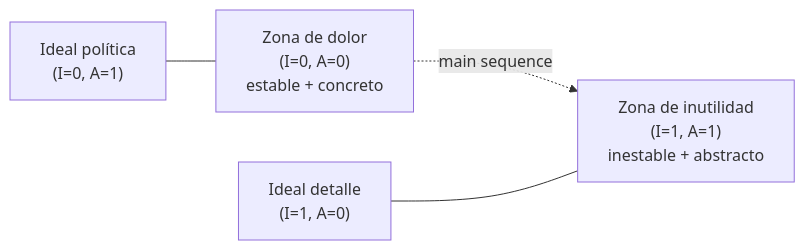
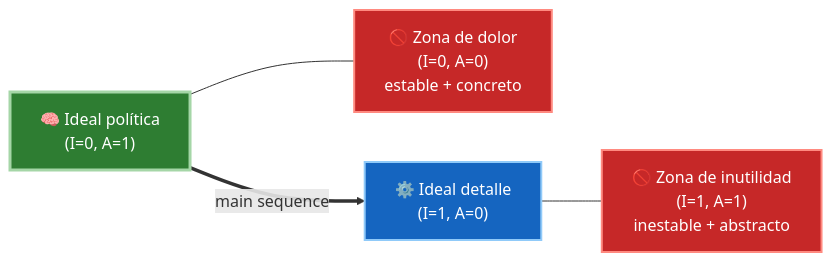
One commit to JavierMachucaA/clean-architecture-guia changed the first of 2 diagrams in 04-principios-de-componentes/03-main-sequence-y-tension.md. Above: the diagram before and after it, drawn with Mermaid. The commit also changed other lines of this file and 45 other files, not shown here.

````diff
--- a/04-principios-de-componentes/03-main-sequence-y-tension.md
+++ b/04-principios-de-componentes/03-main-sequence-y-tension.md
@@ -19,10 +19,15 @@
 ```mermaid
 flowchart LR
-    ZD["Zona de dolor<br/>(I=0, A=0)<br/>estable + concreto"]
-    IDEAL_POL["Ideal política<br/>(I=0, A=1)"]
-    ZI["Zona de inutilidad<br/>(I=1, A=1)<br/>inestable + abstracto"]
-    IDEAL_DET["Ideal detalle<br/>(I=1, A=0)"]
-    ZD -.->|"main sequence"| ZI
+    ZD["🚫 Zona de dolor<br/>(I=0, A=0)<br/>estable + concreto"]
+    IDEAL_POL["🧠 Ideal política<br/>(I=0, A=1)"]
+    ZI["🚫 Zona de inutilidad<br/>(I=1, A=1)<br/>inestable + abstracto"]
+    IDEAL_DET["⚙️ Ideal detalle<br/>(I=1, A=0)"]
+    IDEAL_POL ==>|"main sequence"| IDEAL_DET
     IDEAL_POL --- ZD
     IDEAL_DET --- ZI
+
+    style ZD fill:#c62828,stroke:#ff8a80,color:#fff,stroke-width:2px
+    style ZI fill:#c62828,stroke:#ff8a80,color:#fff,stroke-width:2px
+    style IDEAL_POL fill:#2e7d32,stroke:#a5d6a7,color:#fff,stroke-width:3px
+    style IDEAL_DET fill:#1565c0,stroke:#90caf9,color:#fff,stroke-width:2px
 ```
````
